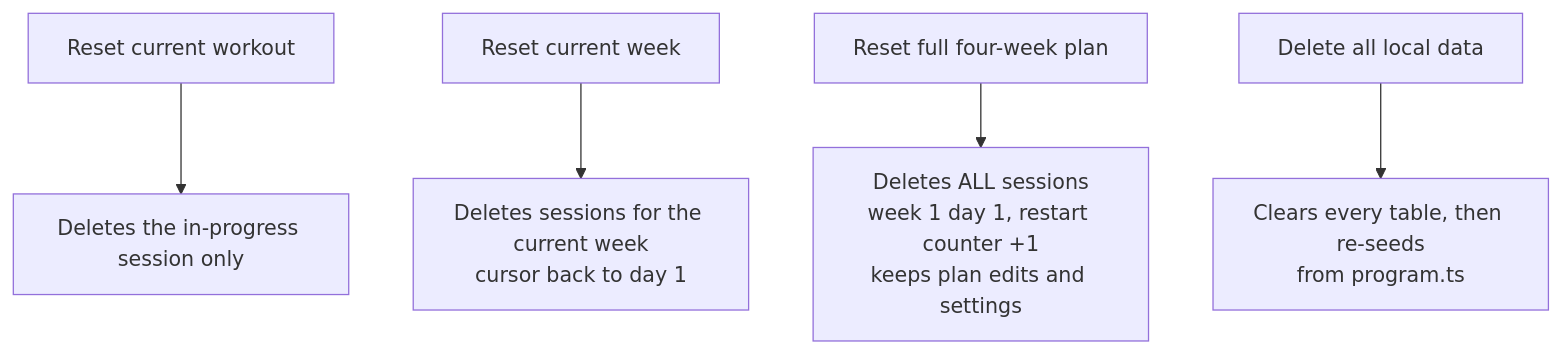
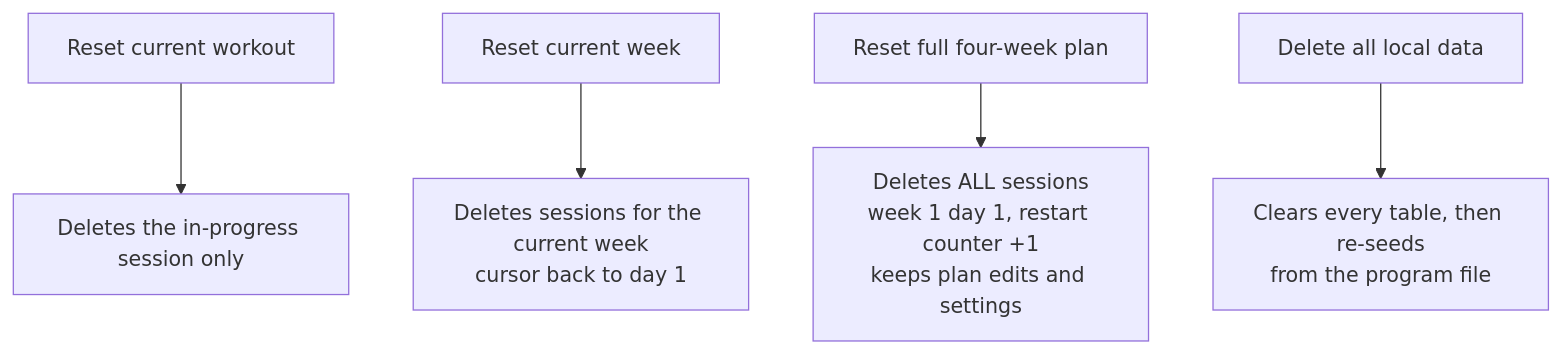
The diagram in docs/operations.md (yuval08/ironpath), drawn with Mermaid before and after one commit. The commit also changed other lines of this file, not shown here.

First line of the commit message:
Correct operations doc: program changes no longer need a data reset

````diff
--- a/docs/operations.md
+++ b/docs/operations.md
@@ -60,7 +60,7 @@
 ```mermaid
 graph TD
   A[Reset current workout] --> A1[Deletes the in-progress session only]
   B[Reset current week] --> B1[Deletes sessions for the current week<br/>cursor back to day 1]
   C[Reset full four-week plan] --> C1[Deletes ALL sessions<br/>week 1 day 1, restart counter +1<br/>keeps plan edits and settings]
-  D[Delete all local data] --> D1[Clears every table, then re-seeds<br/>from program.ts]
+  D[Delete all local data] --> D1[Clears every table, then re-seeds<br/>from the program file]
 ```
````
